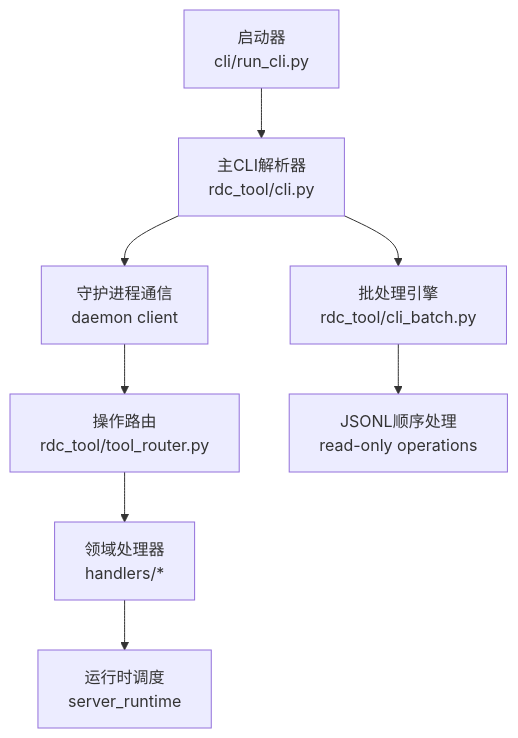
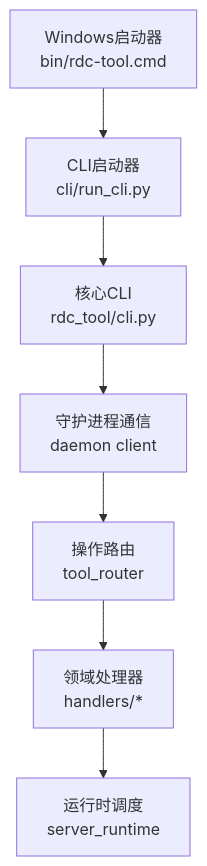
The first of 3 diagrams in .qoder/repowiki/zh/content/CLI参考手册/CLI参考手册.md (haolange/RDC-Tool), drawn with Mermaid before and after one commit. The commit also changed other lines of this file and 80 other files, not shown here.

````diff
--- a/.qoder/repowiki/zh/content/CLI参考手册/CLI参考手册.md
+++ b/.qoder/repowiki/zh/content/CLI参考手册/CLI参考手册.md
@@ -51,10 +46,9 @@
 ```mermaid
 graph TB
-A["启动器<br/>cli/run_cli.py"] --> B["主CLI解析器<br/>rdc_tool/cli.py"]
-B --> C["守护进程通信<br/>daemon client"]
-C --> D["操作路由<br/>rdc_tool/tool_router.py"]
-D --> E["领域处理器<br/>handlers/*"]
-E --> F["运行时调度<br/>server_runtime"]
-B --> G["批处理引擎<br/>rdc_tool/cli_batch.py"]
-G --> H["JSONL顺序处理<br/>read-only operations"]
+A["Windows启动器<br/>bin/rdc-tool.cmd"] --> B["CLI启动器<br/>cli/run_cli.py"]
+B --> C["核心CLI<br/>rdc_tool/cli.py"]
+C --> D["守护进程通信<br/>daemon client"]
+D --> E["操作路由<br/>tool_router"]
+E --> F["领域处理器<br/>handlers/*"]
+F --> G["运行时调度<br/>server_runtime"]
 ```
````
